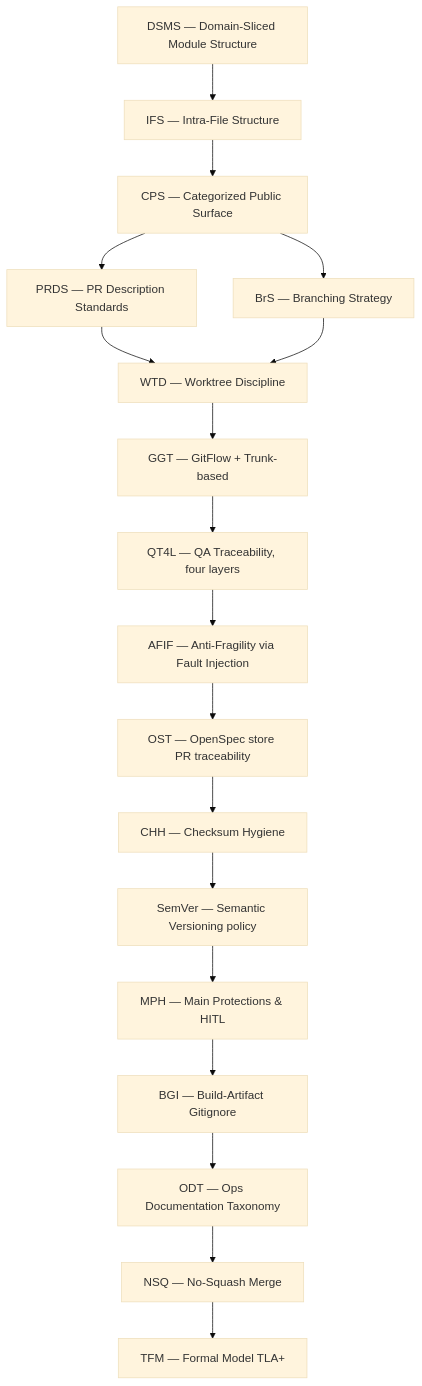
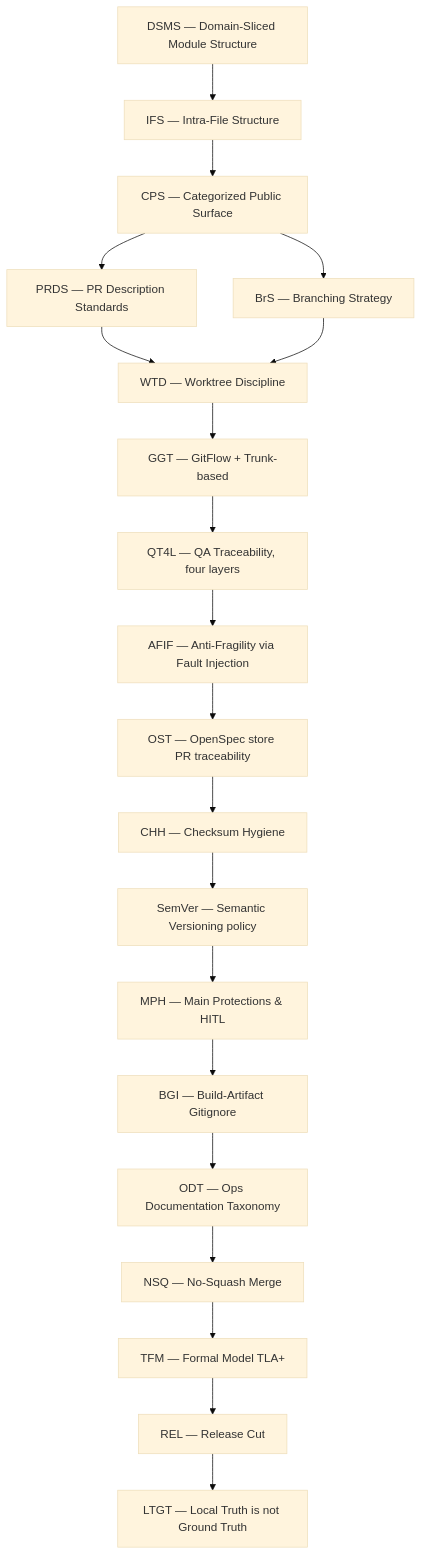
One commit to chimeranext/better-toolkits changed the diagram in shared/references/engineering-standards/README.md. Above: the diagram before and after it, drawn with Mermaid (base theme). The commit also changed other lines of this file and 2 other files, not shown here.

Commit message:
feat(LTGT): new standard — local truth is not ground truth; adoption order +19 (TLC PASS)

````diff
--- a/shared/references/engineering-standards/README.md
+++ b/shared/references/engineering-standards/README.md
@@ -36,36 +38,40 @@
 ```mermaid
 flowchart TD
     S0[DSMS — Domain-Sliced Module Structure]
     S1[IFS — Intra-File Structure]
     S2[CPS — Categorized Public Surface]
     S3[PRDS — PR Description Standards]
     S4[BrS — Branching Strategy]
     S5[WTD — Worktree Discipline]
     S6[GGT — GitFlow + Trunk-based]
     S7[QT4L — QA Traceability, four layers]
     S8[AFIF — Anti-Fragility via Fault Injection]
     S9[OST — OpenSpec store PR traceability]
     S10[CHH — Checksum Hygiene]
     S11[SemVer — Semantic Versioning policy]
     S12[MPH — Main Protections & HITL]
     S13[BGI — Build-Artifact Gitignore]
     S14[ODT — Ops Documentation Taxonomy]
     S15[NSQ — No-Squash Merge]
     S16[TFM — Formal Model TLA+]
+    S17[REL — Release Cut]
+    S18[LTGT — Local Truth is not Ground Truth]
     S0 --> S1 --> S2
     S2 --> S3
     S2 --> S4
     S3 --> S5
     S4 --> S5
     S5 --> S6
     S6 --> S7
     S7 --> S8
     S8 --> S9
     S9 --> S10
     S10 --> S11
     S11 --> S12
     S12 --> S13
     S13 --> S14
     S14 --> S15
     S15 --> S16
+    S16 --> S17
+    S17 --> S18
 ```
````
